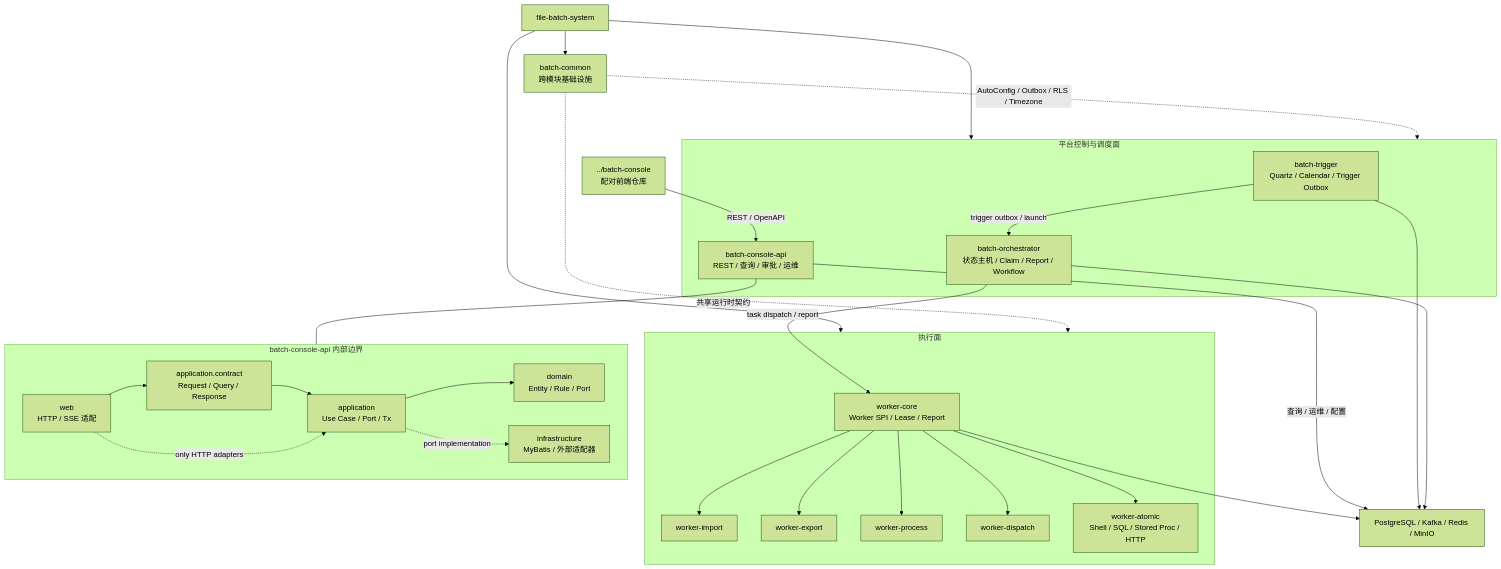
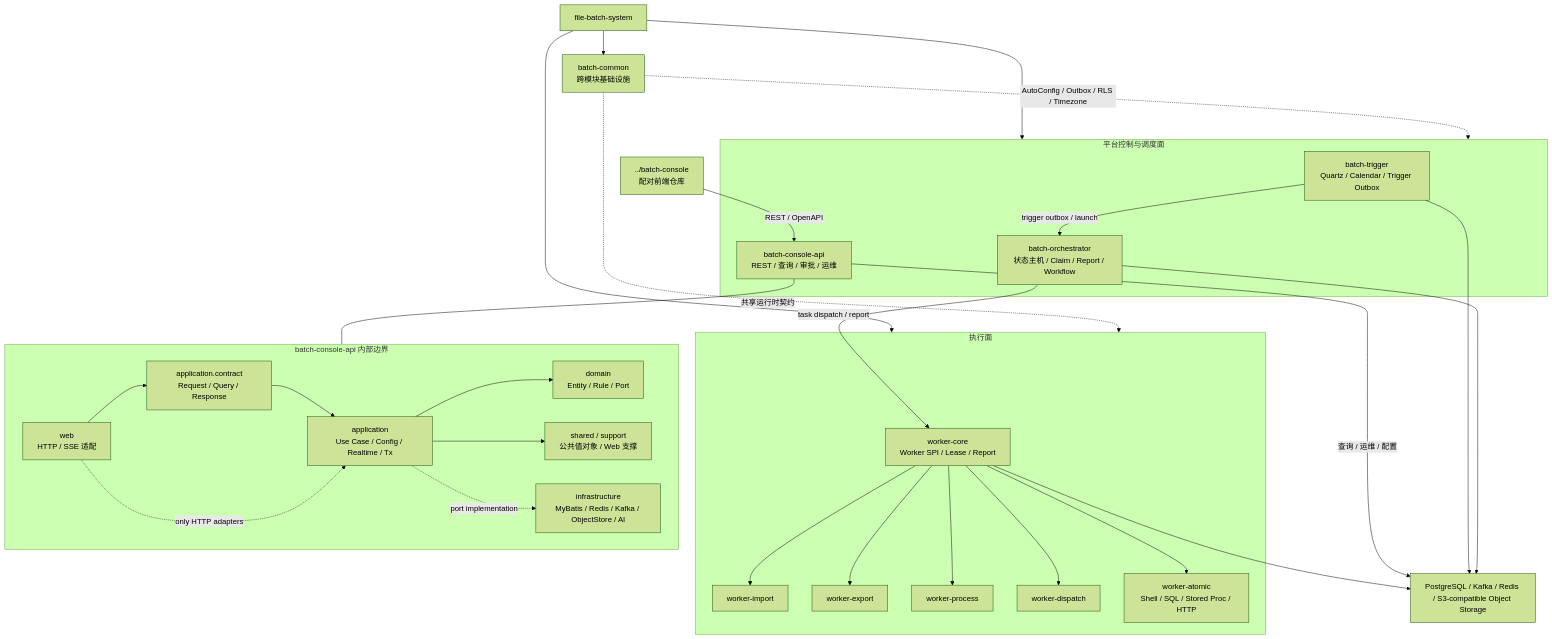
The first of 2 diagrams in docs/architecture/project-structure.md (pinpols/file-batch-system), drawn with Mermaid (forest theme) before and after one commit. The commit also changed other lines of this file and 4 other files, not shown here.

````diff
--- a/docs/architecture/project-structure.md
+++ b/docs/architecture/project-structure.md
@@ -47,54 +51,56 @@
 ```mermaid
 flowchart TB
   ROOT["file-batch-system"]
 
   subgraph CONTROL["平台控制与调度面"]
     TRIGGER["batch-trigger\nQuartz / Calendar / Trigger Outbox"]
     ORCH["batch-orchestrator\n状态主机 / Claim / Report / Workflow"]
     CONSOLE["batch-console-api\nREST / 查询 / 审批 / 运维"]
   end
 
   subgraph EXECUTION["执行面"]
     CORE["worker-core\nWorker SPI / Lease / Report"]
     IMPORT["worker-import"]
     EXPORT["worker-export"]
     PROCESS["worker-process"]
     DISPATCH["worker-dispatch"]
     ATOMIC["worker-atomic\nShell / SQL / Stored Proc / HTTP"]
   end
 
   COMMON["batch-common\n跨模块基础设施"]
-  DATA["PostgreSQL / Kafka / Redis / MinIO"]
+  DATA["PostgreSQL / Kafka / Redis / S3-compatible Object Storage"]
   FE["../batch-console\n配对前端仓库"]
 
   ROOT --> CONTROL
   ROOT --> EXECUTION
   ROOT --> COMMON
   FE -->|"REST / OpenAPI"| CONSOLE
   TRIGGER -->|"trigger outbox / launch"| ORCH
   ORCH -->|"task dispatch / report"| CORE
   CORE --> IMPORT
   CORE --> EXPORT
   CORE --> PROCESS
   CORE --> DISPATCH
   CORE --> ATOMIC
   CONSOLE -->|"查询 / 运维 / 配置"| DATA
   TRIGGER --> DATA
   ORCH --> DATA
   CORE --> DATA
   COMMON -. "AutoConfig / Outbox / RLS / Timezone" .-> CONTROL
   COMMON -. "共享运行时契约" .-> EXECUTION
 
   subgraph CONSOLE_LAYERS["batch-console-api 内部边界"]
     WEB["web\nHTTP / SSE 适配"]
     CONTRACT["application.contract\nRequest / Query / Response"]
-    APP["application\nUse Case / Port / Tx"]
+    APP["application\nUse Case / Config / Realtime / Tx"]
     DOMAIN["domain\nEntity / Rule / Port"]
-    INFRA["infrastructure\nMyBatis / 外部适配器"]
+    SHARED["shared / support\n公共值对象 / Web 支撑"]
+    INFRA["infrastructure\nMyBatis / Redis / Kafka / ObjectStore / AI"]
     WEB --> CONTRACT --> APP --> DOMAIN
+    APP --> SHARED
     APP -. "port implementation" .-> INFRA
     WEB -. "only HTTP adapters" .-> APP
   end
 
   CONSOLE --- CONSOLE_LAYERS
 ```
````
